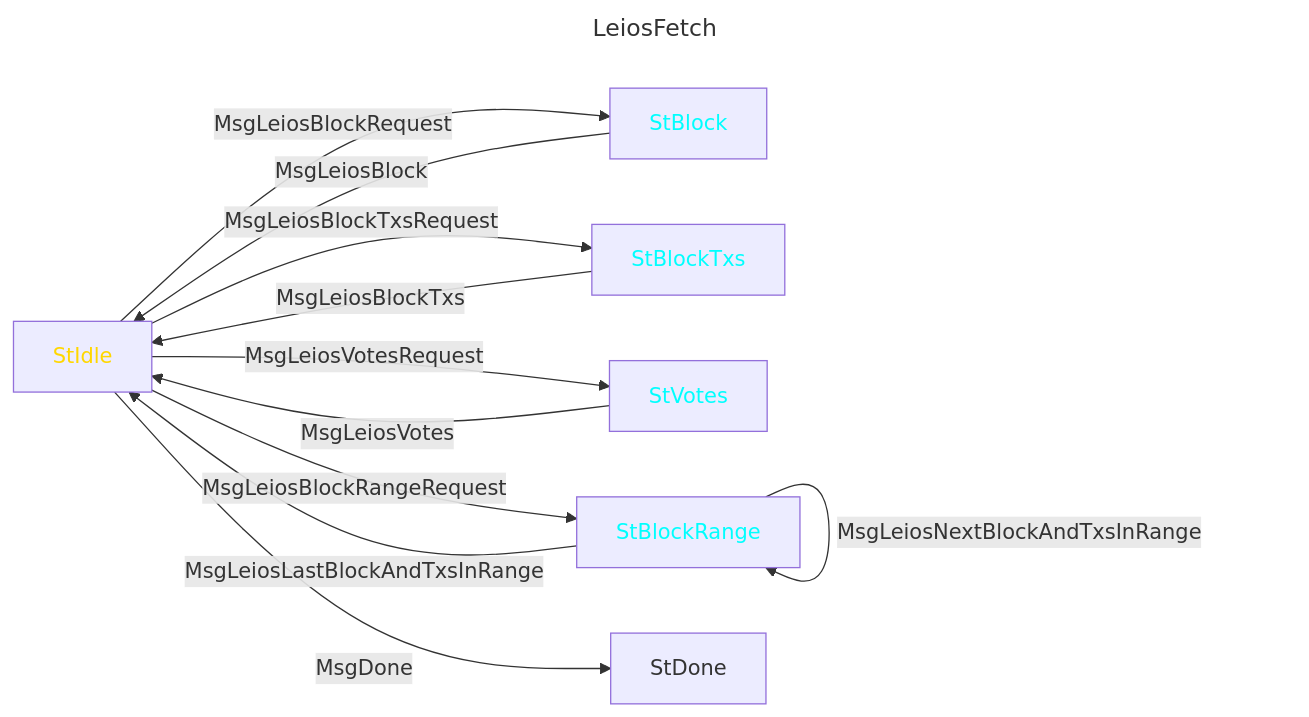
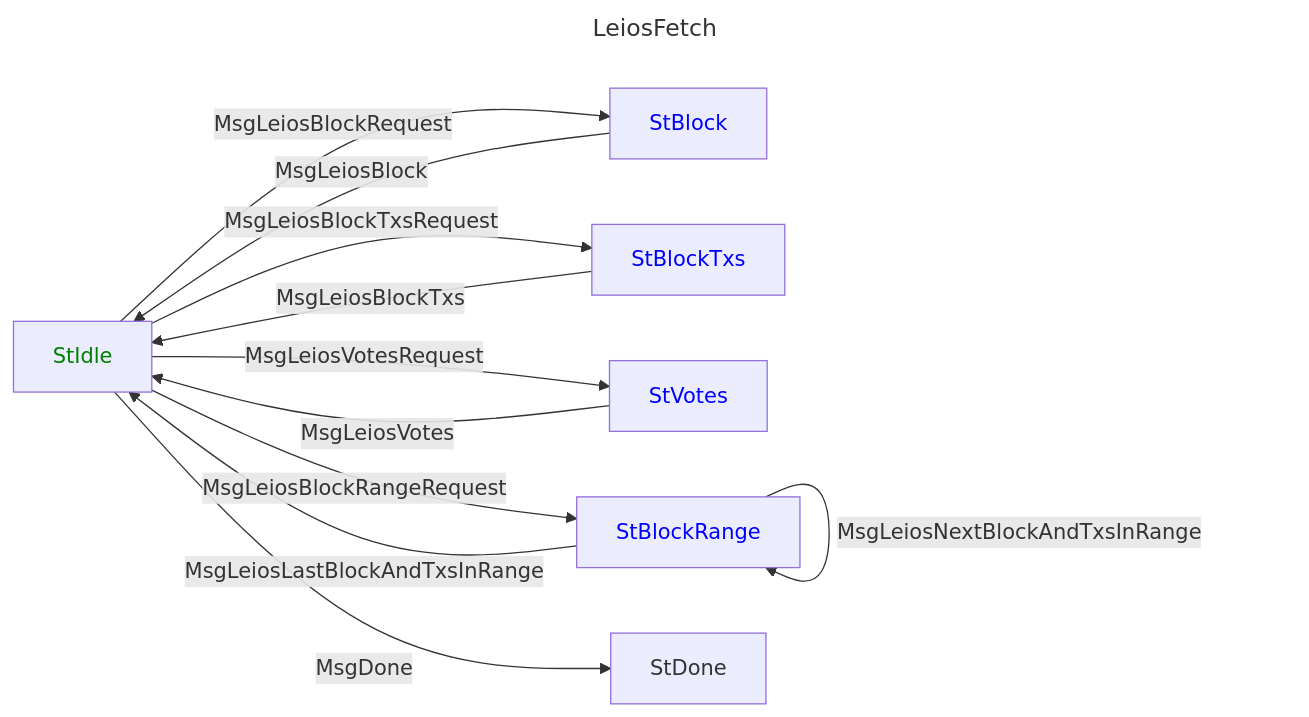
One commit to cardano-foundation/CIPs changed the second of 2 diagrams in CIP-????/README.md. Above: the diagram before and after it, drawn with Mermaid. The commit also changed other lines of this file, not shown here.

Commit message:
Switch colors of the mini-protocols
These should have better contrast on light backgrounds (presentations)
and also the ones used in the praos network spec.

````diff
--- a/CIP-????/README.md
+++ b/CIP-????/README.md
@@ -1220,18 +1220,18 @@
 ```mermaid
 ---
 title: LeiosFetch
 ---
 graph LR
-   style StIdle color:gold;
-   style StBlock color:cyan;
-   style StBlockTxs color:cyan;
-   style StVotes color:cyan;
-   style StBlockRange color:cyan;
+   style StIdle color:green;
+   style StBlock color:blue;
+   style StBlockTxs color:blue;
+   style StVotes color:blue;
+   style StBlockRange color:blue;
 
    StIdle -->|MsgLeiosBlockRequest| StBlock -->|MsgLeiosBlock| StIdle
    StIdle -->|MsgLeiosBlockTxsRequest| StBlockTxs -->|MsgLeiosBlockTxs| StIdle
    StIdle -->|MsgLeiosVotesRequest| StVotes -->|MsgLeiosVotes| StIdle
    StIdle -->|MsgLeiosBlockRangeRequest| StBlockRange -->|MsgLeiosNextBlockAndTxsInRange| StBlockRange -->|MsgLeiosLastBlockAndTxsInRange| StIdle
 
    StIdle -->|MsgDone| StDone
 ```
````
